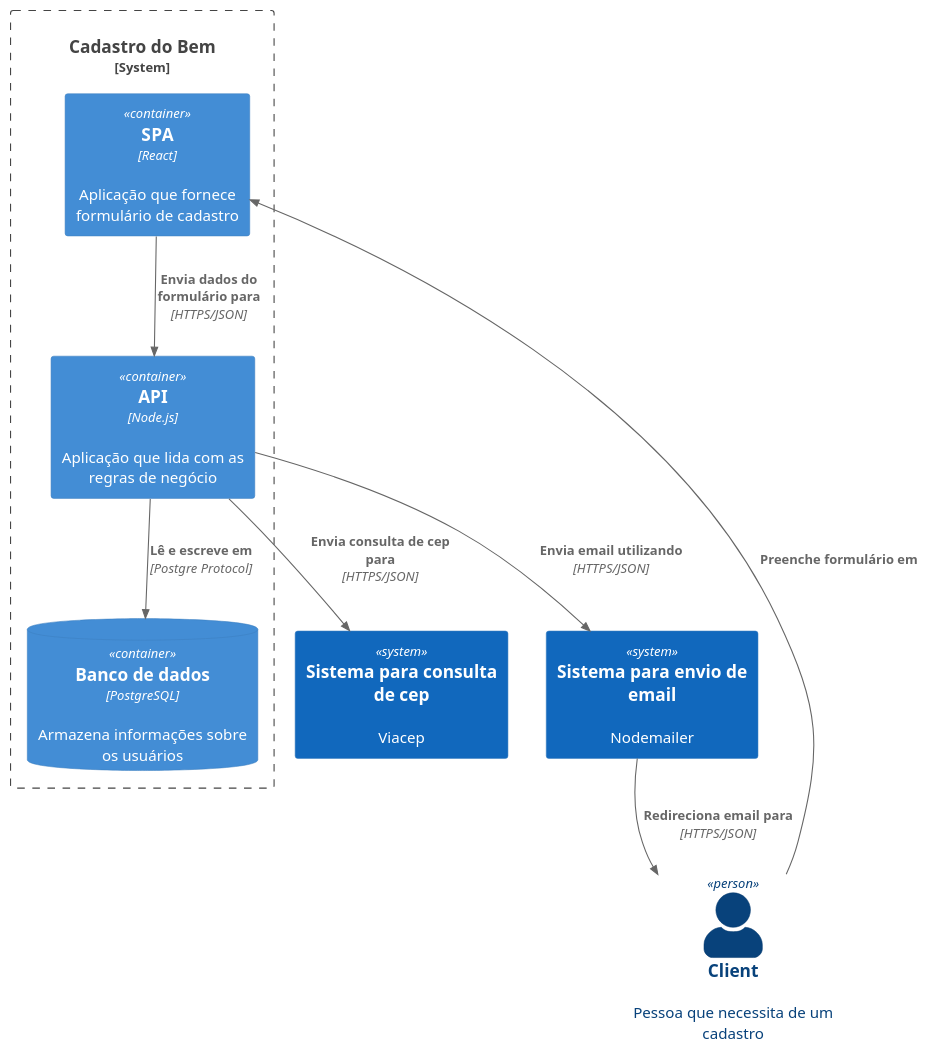
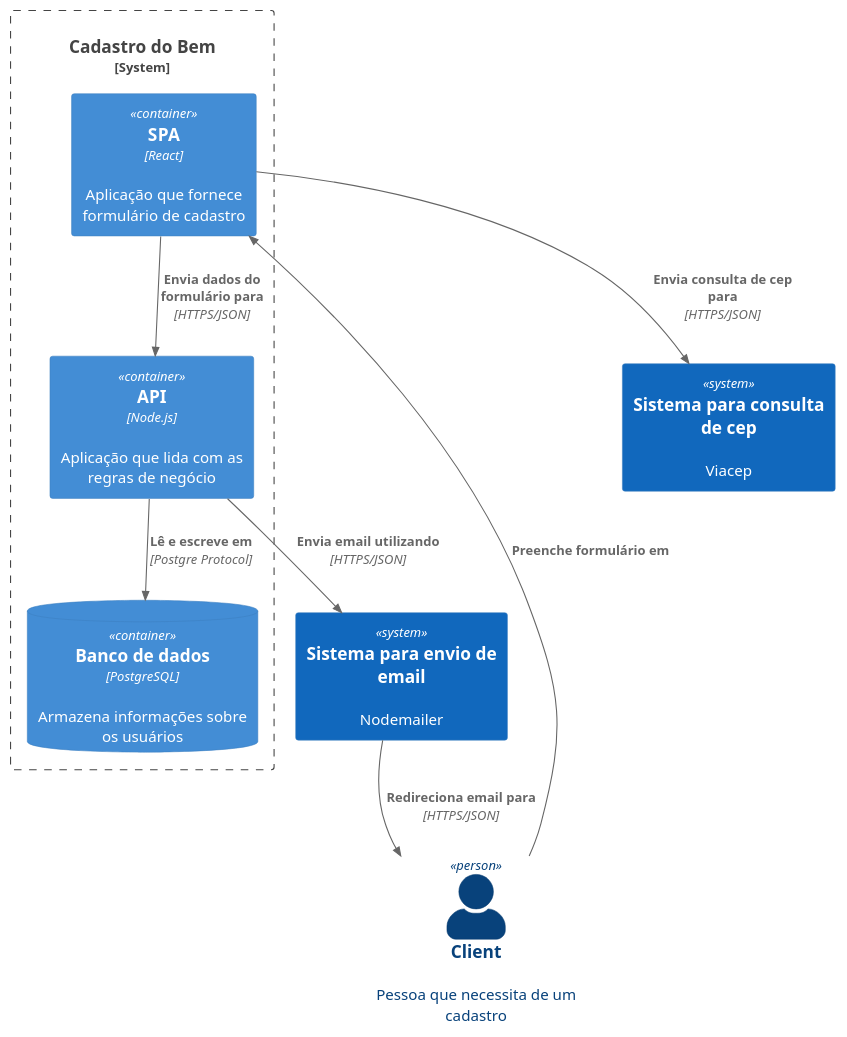
The diagram in docs/diagrams/src/architecture_overview.plantuml (jotaftm/cadastro-do-bem-api), drawn with PlantUML before and after one commit. The commit also changed 1 other file, not shown here.

```diff
--- a/docs/diagrams/src/architecture_overview.plantuml
+++ b/docs/diagrams/src/architecture_overview.plantuml
@@ -1,24 +1,24 @@
 @startuml Architecture Overview
 !include https://raw.githubusercontent.com/plantuml-stdlib/C4-PlantUML/master/C4_Container.puml
 
 SHOW_PERSON_PORTRAIT()
 
 Person(client, "Client", "Pessoa que necessita de um cadastro")
 
 System_Boundary(c1, "Cadastro do Bem") {
     Container(frontend, "SPA", "React", "Aplicação que fornece formulário de cadastro")
     Container(backend, "API", "Node.js", "Aplicação que lida com as regras de negócio")
     ContainerDb(postgreSQL, "Banco de dados", "PostgreSQL", "Armazena informações sobre os usuários")
 }
 
 System(viacep, "Sistema para consulta de cep", "Viacep")
 System(nodemailer, "Sistema para envio de email", "Nodemailer")
 
 Rel(client, frontend, "Preenche formulário em")
+Rel(frontend, viacep, "Envia consulta de cep para", "HTTPS/JSON")
 Rel(frontend, backend, "Envia dados do formulário para", "HTTPS/JSON")
 Rel(backend, postgreSQL, "Lê e escreve em", "Postgre Protocol")
-Rel(backend, viacep, "Envia consulta de cep para", "HTTPS/JSON")
 Rel(backend, nodemailer, "Envia email utilizando", "HTTPS/JSON")
 Rel(nodemailer, client, "Redireciona email para", "HTTPS/JSON")
 
 @enduml
```
